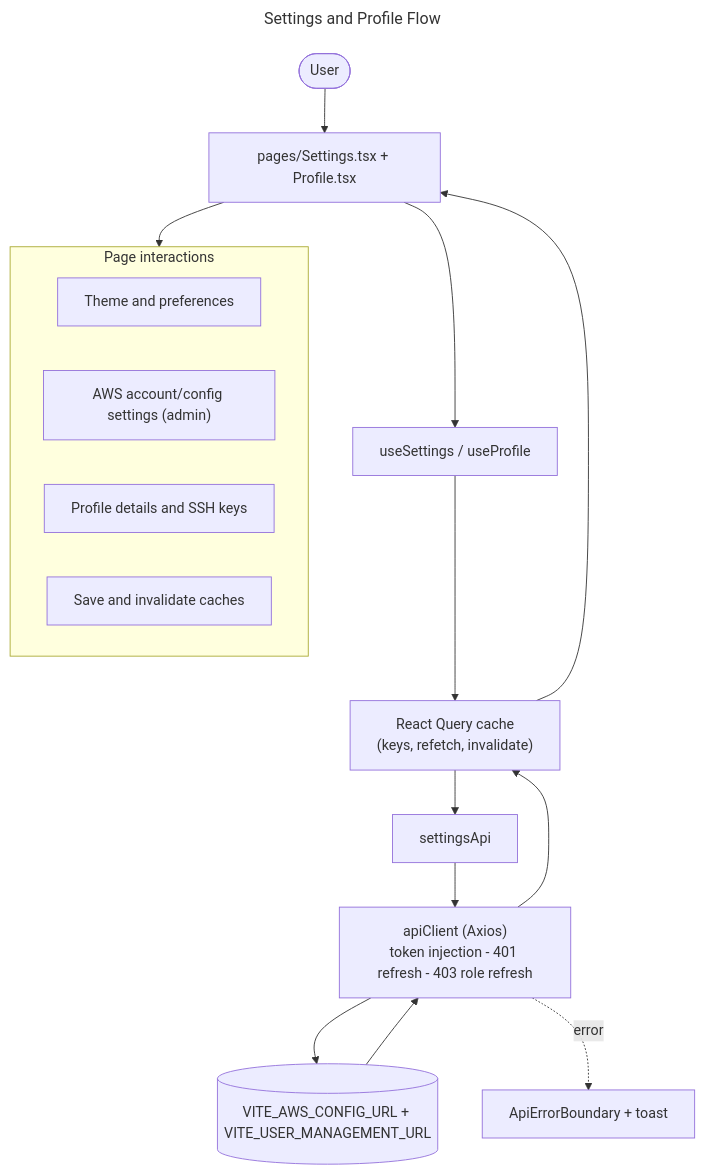
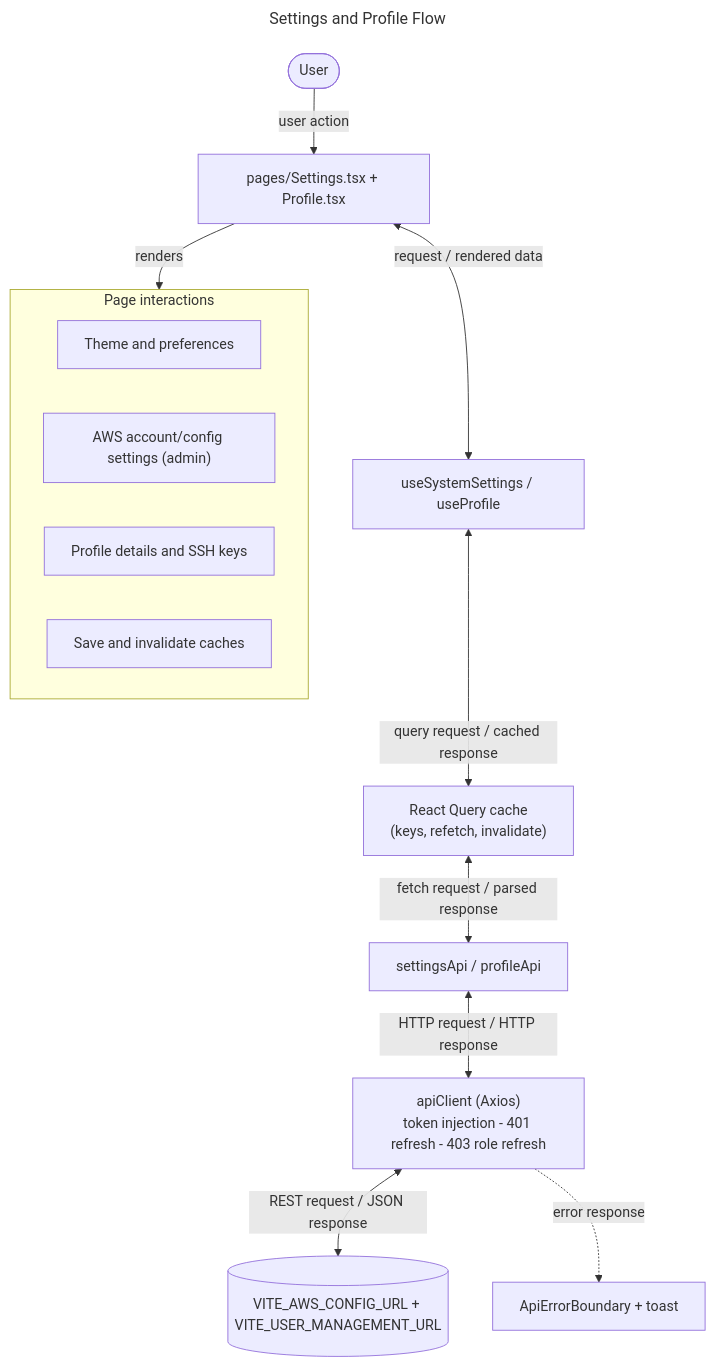
The diagram in docs/flowcharts/settings-profile.mmd (sayeeduddinofficial/user-table-view), drawn with Mermaid before and after one commit. The commit also changed 18 other files, not shown here.

```diff
--- a/docs/flowcharts/settings-profile.mmd
+++ b/docs/flowcharts/settings-profile.mmd
@@ -1,19 +1,18 @@
 ---
 title: Settings and Profile Flow
 ---
 flowchart TD
-  U([User]) --> P["pages/Settings.tsx + Profile.tsx"]
-  P --> H["useSettings / useProfile"]
-  H --> Q["React Query cache<br/>(keys, refetch, invalidate)"]
-  Q --> A["settingsApi"]
-  A --> C["apiClient (Axios)<br/>token injection - 401 refresh - 403 role refresh"]
-  C --> S[("VITE_AWS_CONFIG_URL + VITE_USER_MANAGEMENT_URL")]
-  S --> C --> Q --> P
+  U([User]) -->|"user action"| P["pages/Settings.tsx + Profile.tsx"]
+  P <-->|"request / rendered data"| H["useSystemSettings / useProfile"]
+  H <-->|"query request / cached response"| Q["React Query cache<br/>(keys, refetch, invalidate)"]
+  Q <-->|"fetch request / parsed response"| A["settingsApi / profileApi"]
+  A <-->|"HTTP request / HTTP response"| C["apiClient (Axios)<br/>token injection - 401 refresh - 403 role refresh"]
+  C <-->|"REST request / JSON response"| S[("VITE_AWS_CONFIG_URL + VITE_USER_MANAGEMENT_URL")]
+  P -->|"renders"| UI
   subgraph UI[Page interactions]
     S0["Theme and preferences"]
     S1["AWS account/config settings (admin)"]
     S2["Profile details and SSH keys"]
     S3["Save and invalidate caches"]
   end
-  P --> UI
-  C -. error .-> E["ApiErrorBoundary + toast"]
+  C -. "error response" .-> E["ApiErrorBoundary + toast"]
```
